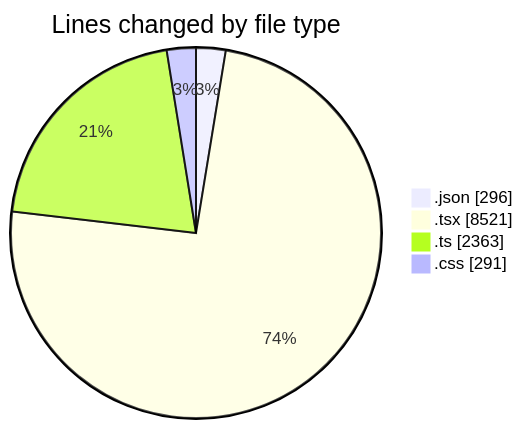
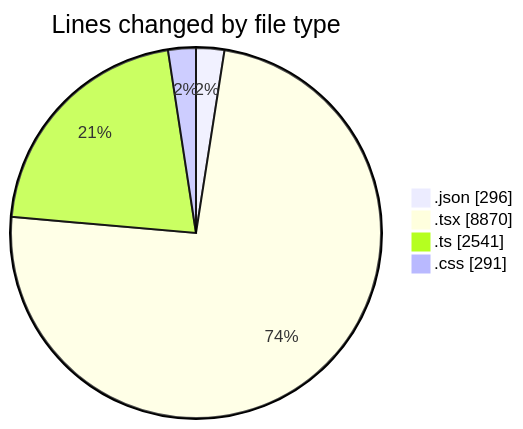
The first of 2 diagrams in 2025-10-07/eventscop-frontend-guide__workspace_/README.md (julien-gomy/code-tracking), drawn with Mermaid before and after one commit. The commit also changed other lines of this file and 1 other file, not shown here.

````diff
--- a/2025-10-07/eventscop-frontend-guide__workspace_/README.md
+++ b/2025-10-07/eventscop-frontend-guide__workspace_/README.md
@@ -82,8 +82,8 @@
 ```mermaid
 pie showData
 title Lines changed by file type
 ".json" : 296
-".tsx" : 8521
-".ts" : 2363
+".tsx" : 8870
+".ts" : 2541
 ".css" : 291
 ```
````
